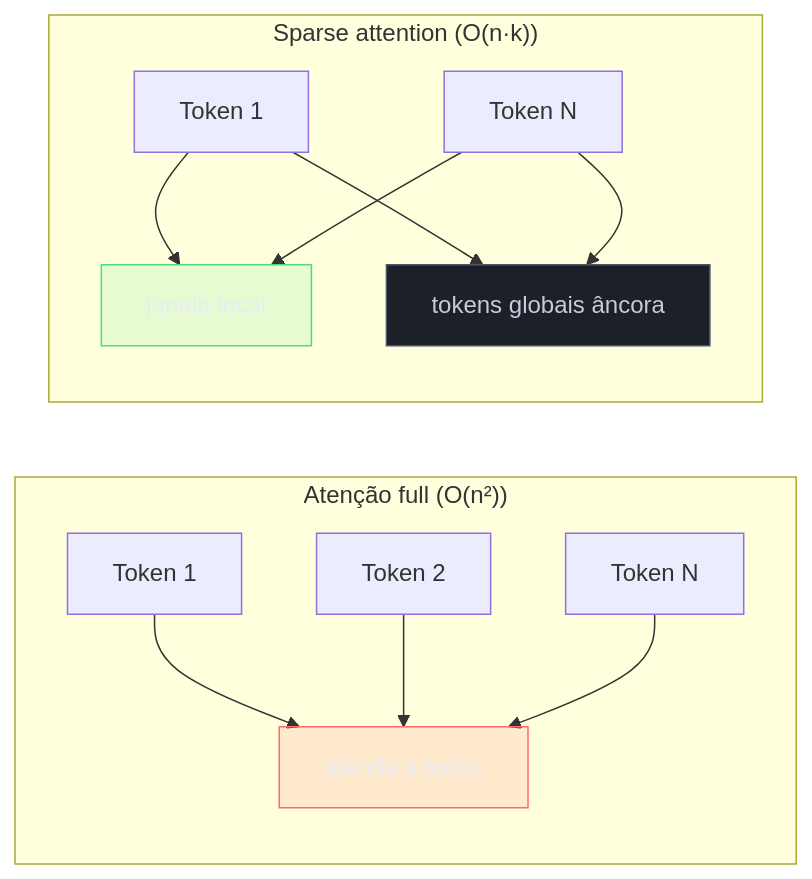
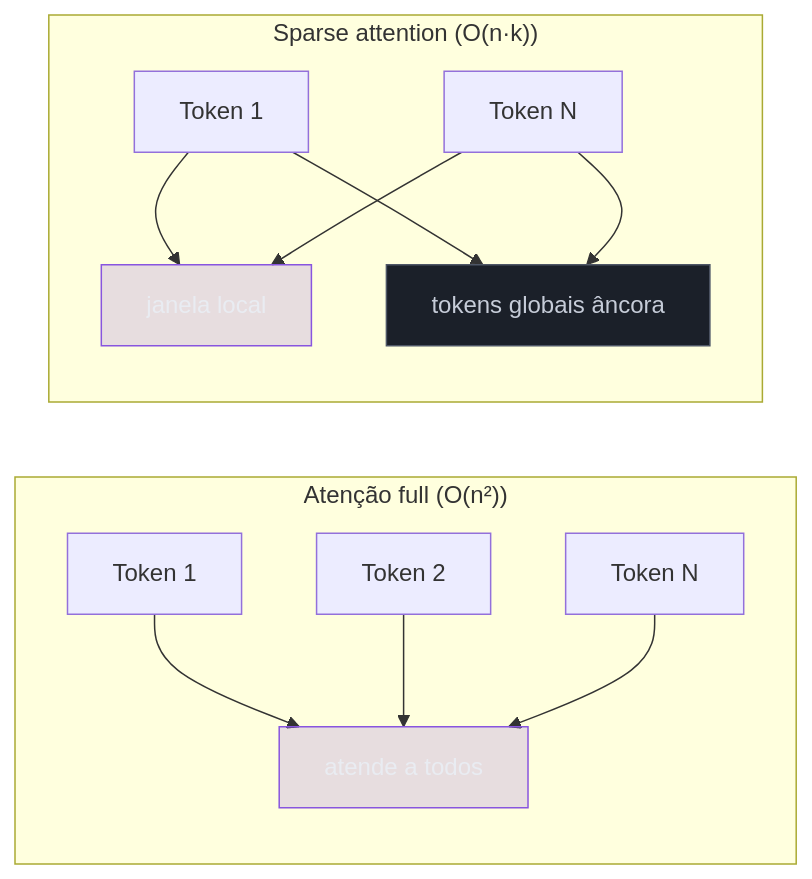
Before and after one commit to josenaldo/codex-technomanticus: the fourth of 5 diagrams in 03-Dominios/Tecnologia/IA/Anatomia dos LLMs/04c - Atenção eficiente — FlashAttention, sparse e híbrida.md, drawn with Mermaid. The commit also changed other lines of this file and 601 other files, not shown here.

````diff
--- a/03-Dominios/Tecnologia/IA/Anatomia dos LLMs/04c - Atenção eficiente — FlashAttention, sparse e híbrida.md
+++ b/03-Dominios/Tecnologia/IA/Anatomia dos LLMs/04c - Atenção eficiente — FlashAttention, sparse e híbrida.md
@@ -139,20 +139,19 @@
 ```mermaid
 graph LR
-    classDef falha fill:#FF6B6B24,stroke:#FF6B6B,color:#E9ECF2
-    classDef ok fill:#4ADE8021,stroke:#4ADE80,color:#E9ECF2
+    classDef marca fill:#8855DF33,stroke:#8855DF,color:#E9ECF2
     classDef neutro fill:#1B2029,stroke:#4E5666,color:#C6CCD8
     subgraph "Atenção full (O(n²))"
         A1[Token 1] --> B1[atende a todos]
         A2[Token 2] --> B1
         A3[Token N] --> B1
     end
     subgraph "Sparse attention (O(n·k))"
         C1[Token 1] --> D1[janela local]
         C1 --> D2[tokens globais âncora]
         C2[Token N] --> D1
         C2 --> D2
     end
-    class B1 falha
-    class D1 ok
+    class B1 marca
+    class D1 marca
     class D2 neutro
 ```
````
